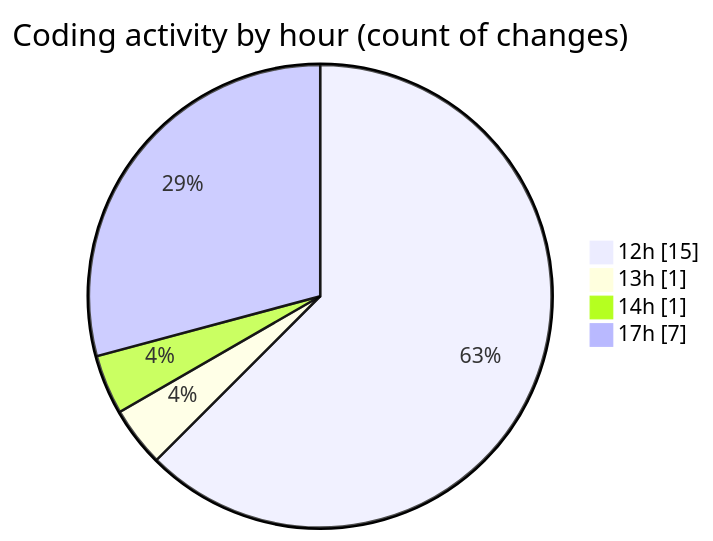
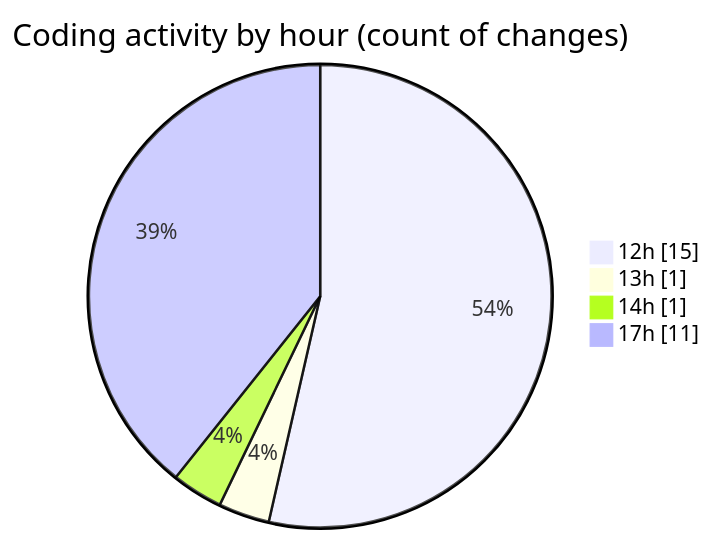
Before and after one commit to nxtqubesakshisongat/code-tracking: the second of 2 diagrams in 2025-10-29/nxtqube_webapp/README.md, drawn with Mermaid. The commit also changed other lines of this file and 1 other file, not shown here.

````diff
--- a/2025-10-29/nxtqube_webapp/README.md
+++ b/2025-10-29/nxtqube_webapp/README.md
@@ -32,8 +32,8 @@
 ```mermaid
 pie showData
 title Coding activity by hour (count of changes)
 "12h" : 15
 "13h" : 1
 "14h" : 1
-"17h" : 7
+"17h" : 11
 ```
````
